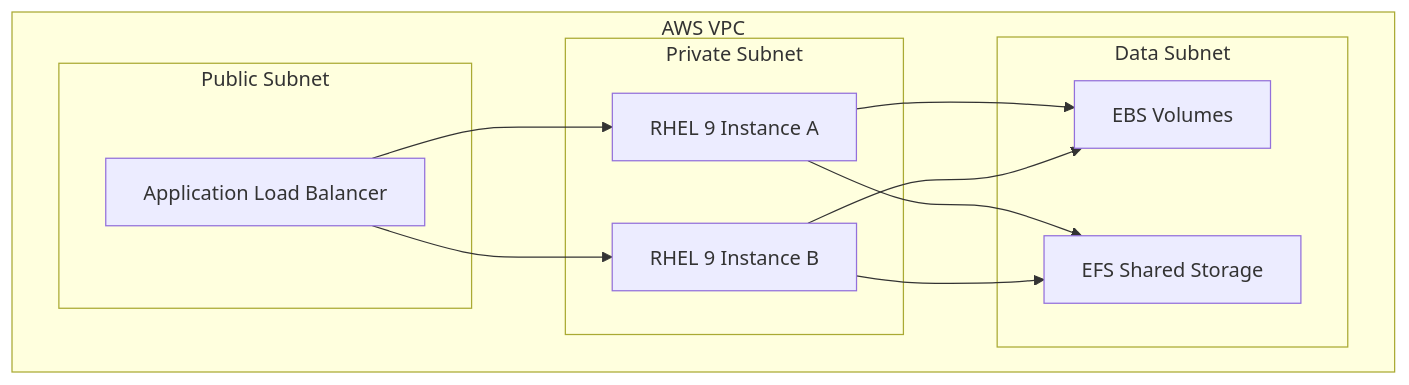
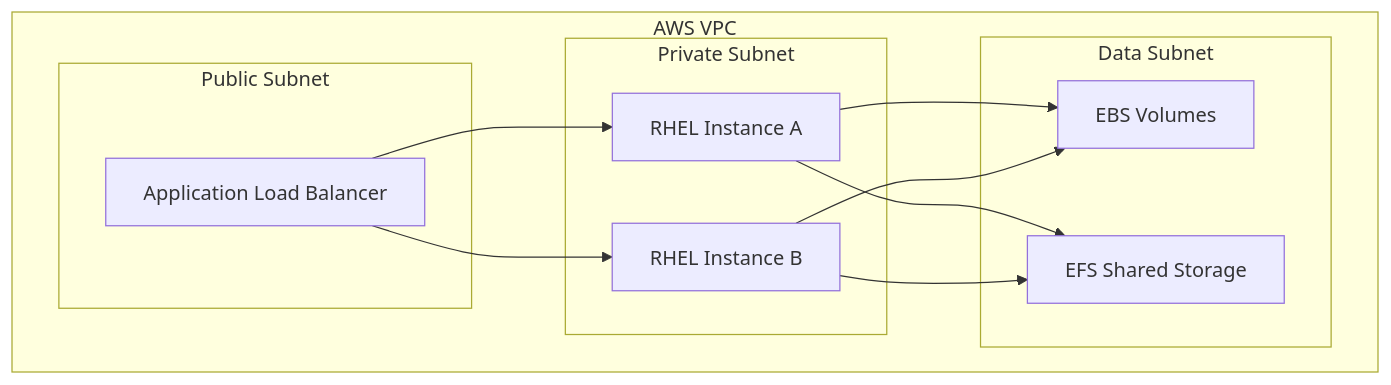
Before and after one commit to OneUptime/blog: the diagram in posts/2026-03-04-deploy-rhel-9-aws-ec2-best-practices/README.md, drawn with Mermaid. The commit also changed other lines of this file and 4866 other files, not shown here.

````diff
--- a/posts/2026-03-04-deploy-rhel-9-aws-ec2-best-practices/README.md
+++ b/posts/2026-03-04-deploy-rhel-9-aws-ec2-best-practices/README.md
@@ -15,22 +15,22 @@
 ```mermaid
 graph TB
     subgraph "AWS VPC"
         subgraph "Public Subnet"
             ALB[Application Load Balancer]
         end
         subgraph "Private Subnet"
-            EC2A[RHEL 9 Instance A]
-            EC2B[RHEL 9 Instance B]
+            EC2A[RHEL Instance A]
+            EC2B[RHEL Instance B]
         end
         subgraph "Data Subnet"
             EBS[EBS Volumes]
             EFS[EFS Shared Storage]
         end
         ALB --> EC2A
         ALB --> EC2B
         EC2A --> EBS
         EC2B --> EBS
         EC2A --> EFS
         EC2B --> EFS
     end
 ```
````
